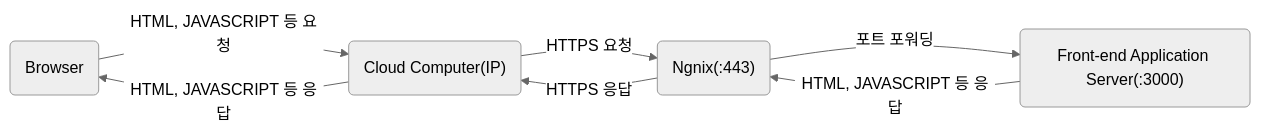
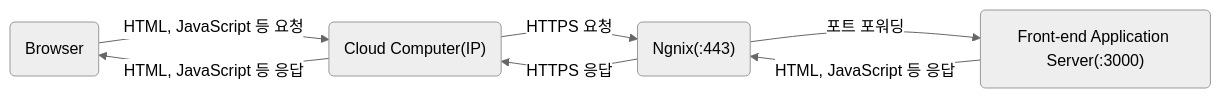
Before and after one commit to RHUK2/blog: the first of 2 diagrams in posts/Web/Web.md, drawn with Mermaid (neutral theme). The commit also changed other lines of this file and 6 other files, not shown here.

````diff
--- a/posts/Web/Web.md
+++ b/posts/Web/Web.md
@@ -55,9 +55,9 @@
 ```mermaid
 flowchart LR
     A("Browser")
     B("Cloud Computer(IP)")
     C("Ngnix(:443)")
     D("Front-end Application Server(:3000)")
-    A --> |HTML, JAVASCRIPT 등 요청| B --> |HTTPS 요청| C --> |포트 포워딩| D
-    D --> |HTML, JAVASCRIPT 등 응답| C --> |HTTPS 응답| B --> |HTML, JAVASCRIPT 등 응답| A
+    A --> |HTML, JavaScript 등 요청| B --> |HTTPS 요청| C --> |포트 포워딩| D
+    D --> |HTML, JavaScript 등 응답| C --> |HTTPS 응답| B --> |HTML, JavaScript 등 응답| A
 ```
````
